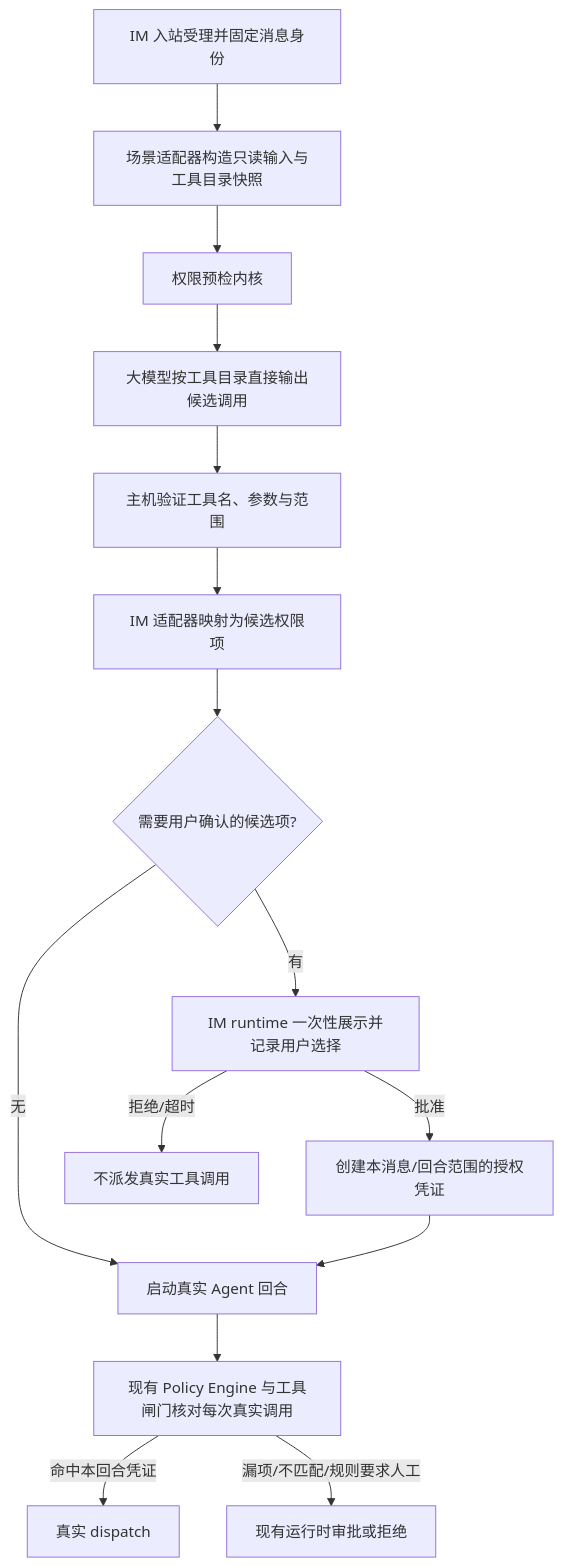
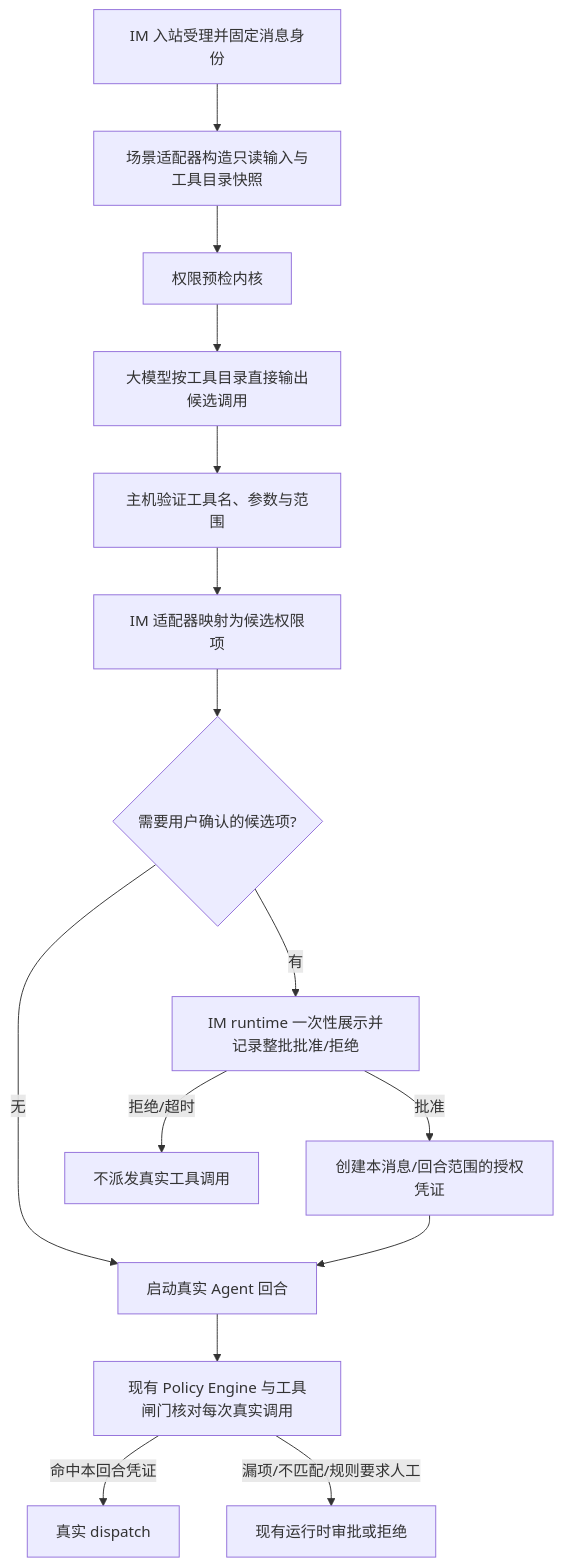
The diagram in docs/develop/im-remote/in-flight/IM指令权限预检与集中审批技术方案.md (SpaceHuang/SpaceAssistant), drawn with Mermaid before and after one commit. The commit also changed other lines of this file, not shown here.

````diff
--- a/docs/develop/im-remote/in-flight/IM指令权限预检与集中审批技术方案.md
+++ b/docs/develop/im-remote/in-flight/IM指令权限预检与集中审批技术方案.md
@@ -94,17 +92,17 @@
 ```mermaid
 flowchart TD
     A[IM 入站受理并固定消息身份] --> B[场景适配器构造只读输入与工具目录快照]
     B --> C[权限预检内核]
     C --> D[大模型按工具目录直接输出候选调用]
     D --> E[主机验证工具名、参数与范围]
     E --> F[IM 适配器映射为候选权限项]
     F --> G{需要用户确认的候选项?}
     G -- 无 --> J[启动真实 Agent 回合]
-    G -- 有 --> H[IM runtime 一次性展示并记录用户选择]
+    G -- 有 --> H[IM runtime 一次性展示并记录整批批准/拒绝]
     H -->|批准| I[创建本消息/回合范围的授权凭证]
     I --> J
     H -->|拒绝/超时| K[不派发真实工具调用]
     J --> L[现有 Policy Engine 与工具闸门核对每次真实调用]
     L -->|命中本回合凭证| M[真实 dispatch]
     L -->|漏项/不匹配/规则要求人工| N[现有运行时审批或拒绝]
 ```
````
